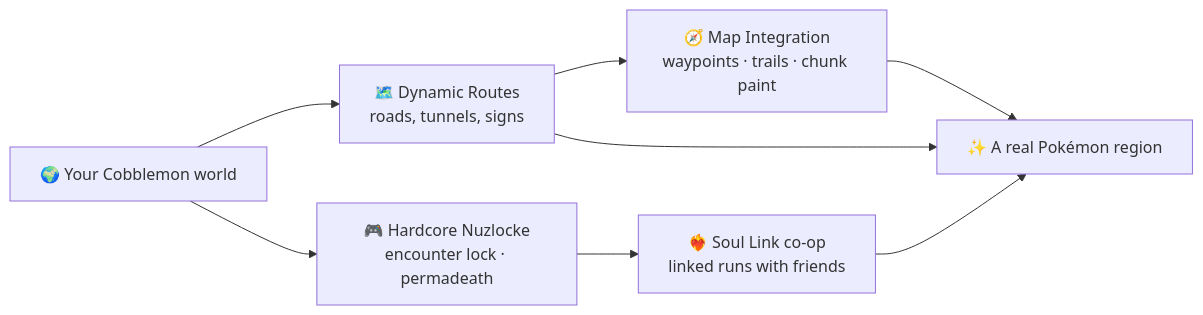
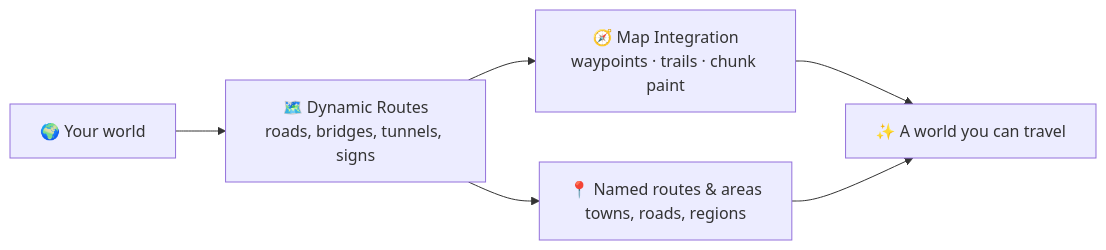
The diagram in docs/routes/index.md (manucruzleiva/mod-wiki), drawn with Mermaid before and after one commit. The commit also changed other lines of this file and 2 other files, not shown here.

First line of the commit message:
docs(routes): la wiki deja de documentar items y de pedir Cobblemon

````diff
--- a/docs/routes/index.md
+++ b/docs/routes/index.md
@@ -24,10 +24,8 @@
 ```mermaid
 flowchart LR
-    W[🌍 Your Cobblemon world] --> R[🗺️ Dynamic Routes<br/>roads, tunnels, signs]
-    W --> N[🎮 Hardcore Nuzlocke<br/>encounter lock · permadeath]
+    W[🌍 Your world] --> R[🗺️ Dynamic Routes<br/>roads, bridges, tunnels, signs]
     R --> M[🧭 Map Integration<br/>waypoints · trails · chunk paint]
-    N --> S[❤️‍🔥 Soul Link co-op<br/>linked runs with friends]
-    M --> RPG[✨ A real Pokémon region]
-    S --> RPG
-    R --> RPG
+    R --> Z[📍 Named routes & areas<br/>towns, roads, regions]
+    M --> RPG[✨ A world you can travel]
+    Z --> RPG
 ```
````
